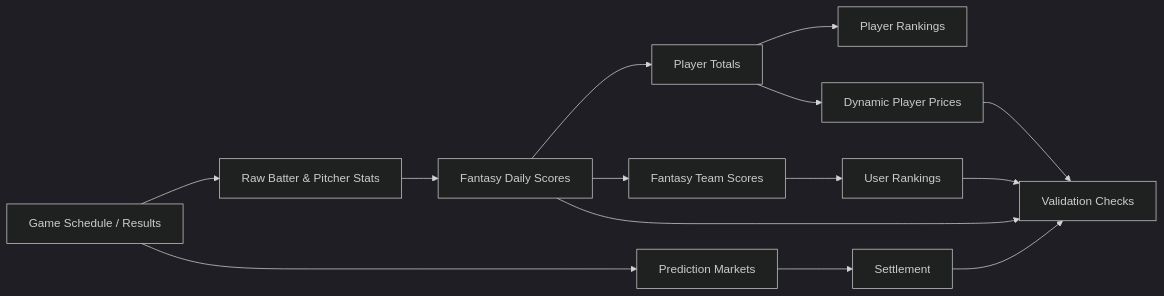
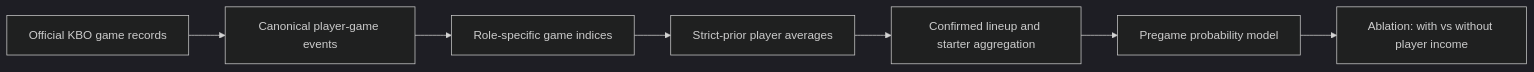
One commit to whwlgkqjxm/15pick-kbo-win-probability-modeling changed the diagram in README.md. Above: the diagram before and after it, drawn with Mermaid (dark theme). The commit also changed other lines of this file and 139 other files, not shown here.

Commit message:
Reframe repository around KBO player-income research

````diff
--- a/README.md
+++ b/README.md
@@ -237,16 +69,9 @@
 ```mermaid
 flowchart LR
-    A[Game Schedule / Results] --> B[Raw Batter & Pitcher Stats]
-    B --> C[Fantasy Daily Scores]
-    C --> D[Player Totals]
-    C --> E[Fantasy Team Scores]
-    D --> F[Player Rankings]
-    D --> G[Dynamic Player Prices]
-    E --> H[User Rankings]
-    A --> I[Prediction Markets]
-    I --> J[Settlement]
-    C --> K[Validation Checks]
-    G --> K
-    H --> K
-    J --> K
+    A[Official KBO game records] --> B[Canonical player-game events]
+    B --> C[Role-specific game indices]
+    C --> D[Strict-prior player averages]
+    D --> E[Confirmed lineup and starter aggregation]
+    E --> F[Pregame probability model]
+    F --> G[Ablation: with vs without player income]
 ```
````
